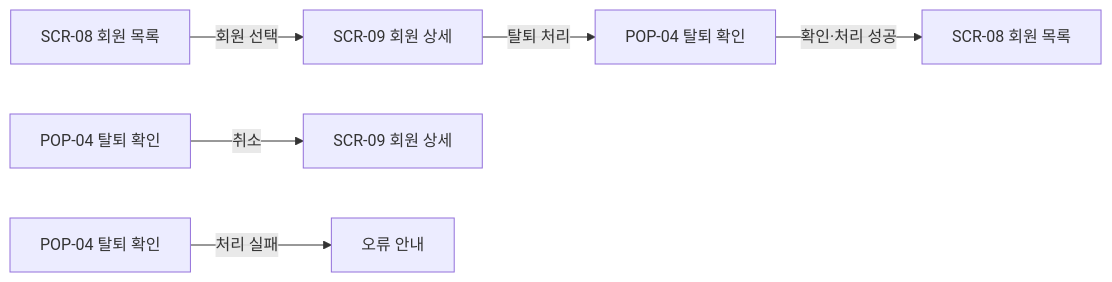
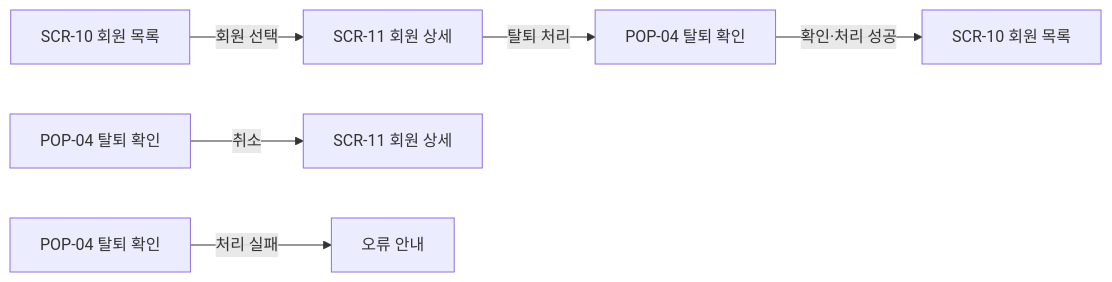
One commit to jackie020105-beep/WebJava_Project changed the fourth of 6 diagrams in docs/02_StoryBoard/화면설계서.md. Above: the diagram before and after it, drawn with Mermaid. The commit also changed other lines of this file, not shown here.

````diff
--- a/docs/02_StoryBoard/화면설계서.md
+++ b/docs/02_StoryBoard/화면설계서.md
@@ -148,11 +155,11 @@
 ```mermaid
 %%{init: {'flowchart': {'curve': 'linear'}}}%%
 flowchart LR
-    A1["SCR-08 회원 목록"] -->|"회원 선택"| A2["SCR-09 회원 상세"]
+    A1["SCR-10 회원 목록"] -->|"회원 선택"| A2["SCR-11 회원 상세"]
     A2 -->|"탈퇴 처리"| A3["POP-04 탈퇴 확인"]
-    A3 -->|"확인·처리 성공"| A4["SCR-08 회원 목록"]
+    A3 -->|"확인·처리 성공"| A4["SCR-10 회원 목록"]
 
-    B1["POP-04 탈퇴 확인"] -->|"취소"| B2["SCR-09 회원 상세"]
+    B1["POP-04 탈퇴 확인"] -->|"취소"| B2["SCR-11 회원 상세"]
 
     C1["POP-04 탈퇴 확인"] -->|"처리 실패"| C2["오류 안내"]
 ```
````
